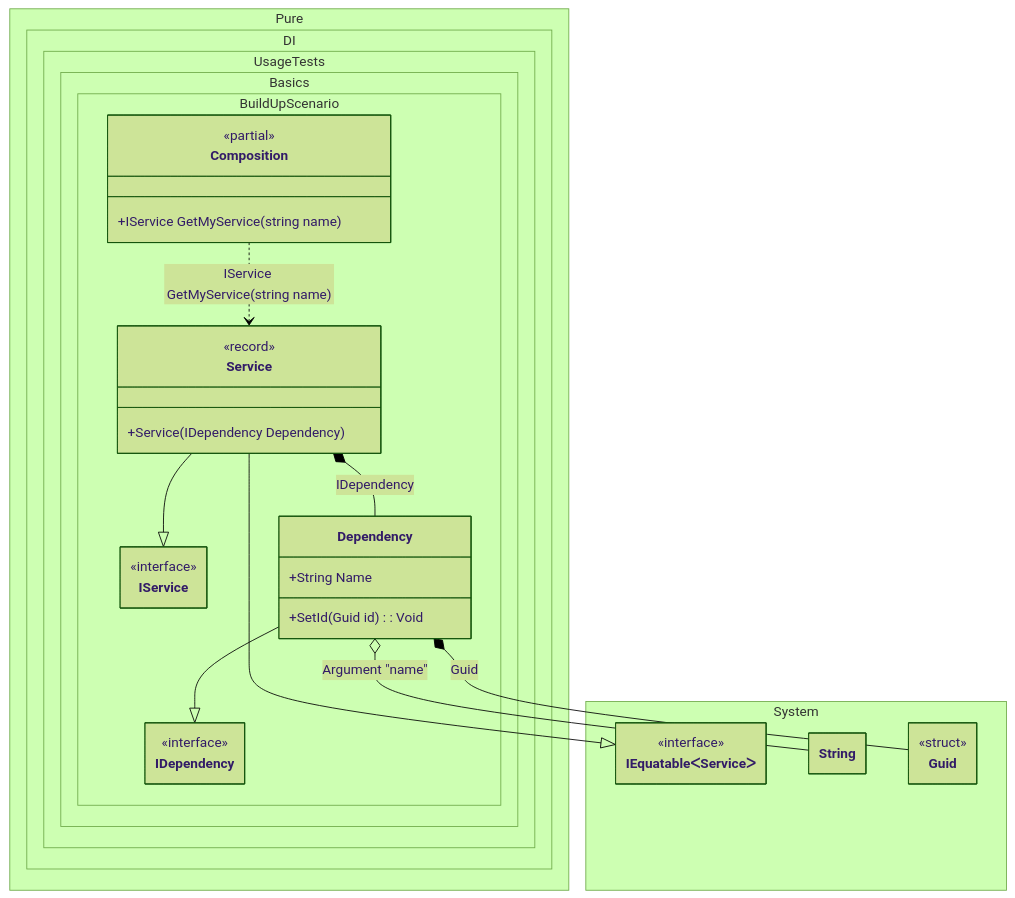
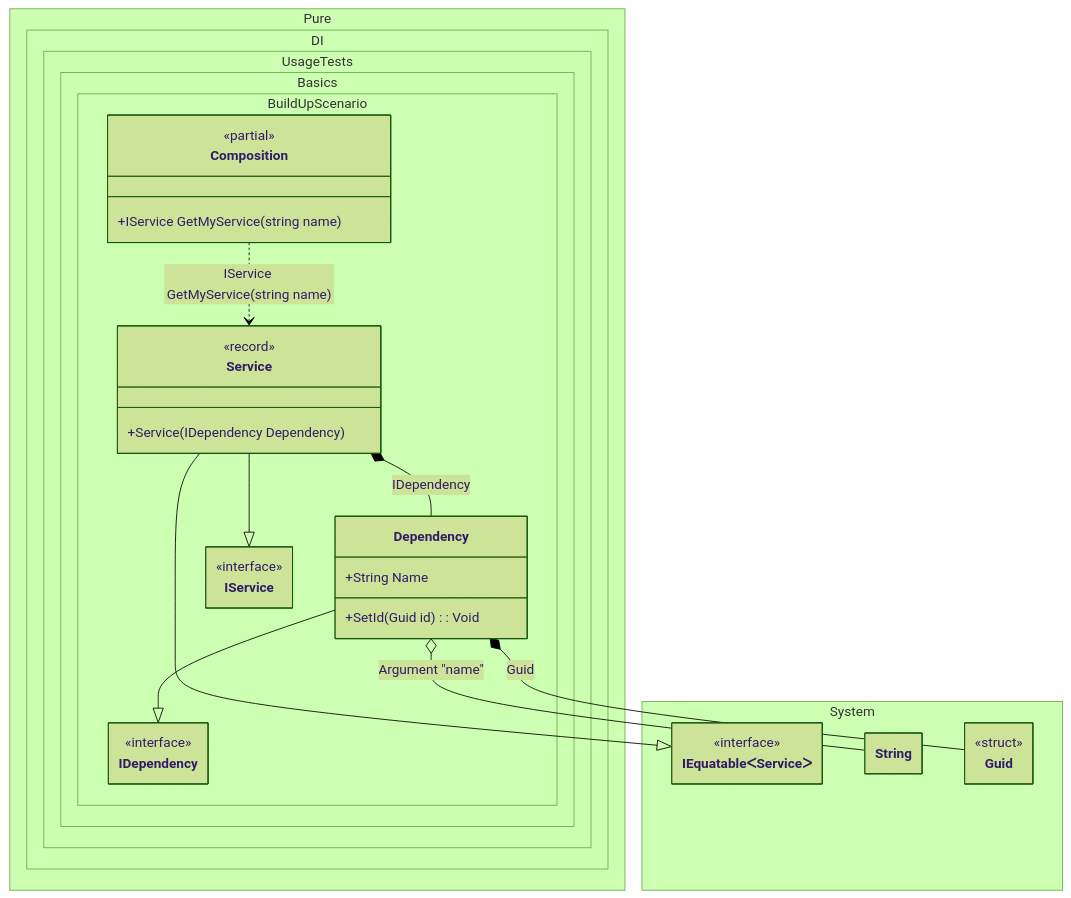
The diagram in readme/build-up-of-an-existing-object.md (DevTeam/Pure.DI), drawn with Mermaid (forest theme) before and after one commit. The commit also changed other lines of this file and 113 other files, not shown here.

````diff
--- a/readme/build-up-of-an-existing-object.md
+++ b/readme/build-up-of-an-existing-object.md
@@ -119,45 +119,45 @@
 ```mermaid
 ---
  config:
   class:
    hideEmptyMembersBox: true
 ---
 classDiagram
+	Dependency --|> IDependency
 	Service --|> IService
 	Service --|> IEquatableᐸServiceᐳ
-	Dependency --|> IDependency
 	Composition ..> Service : IService GetMyService(string name)
-	Service *--  Dependency : IDependency
 	Dependency o-- String : Argument "name"
 	Dependency *--  Guid : Guid
+	Service *--  Dependency : IDependency
 	namespace Pure.DI.UsageTests.Basics.BuildUpScenario {
 		class Composition {
 		<<partial>>
 		+IService GetMyService(string name)
 		}
 		class Dependency {
 			+String Name
 			+SetId(Guid id) : Void
 		}
 		class IDependency {
 			<<interface>>
 		}
 		class IService {
 			<<interface>>
 		}
 		class Service {
 				<<record>>
 			+Service(IDependency Dependency)
 		}
 	}
 	namespace System {
 		class Guid {
 				<<struct>>
 		}
 		class IEquatableᐸServiceᐳ {
 			<<interface>>
 		}
 		class String {
 		}
 	}
 ```
````
